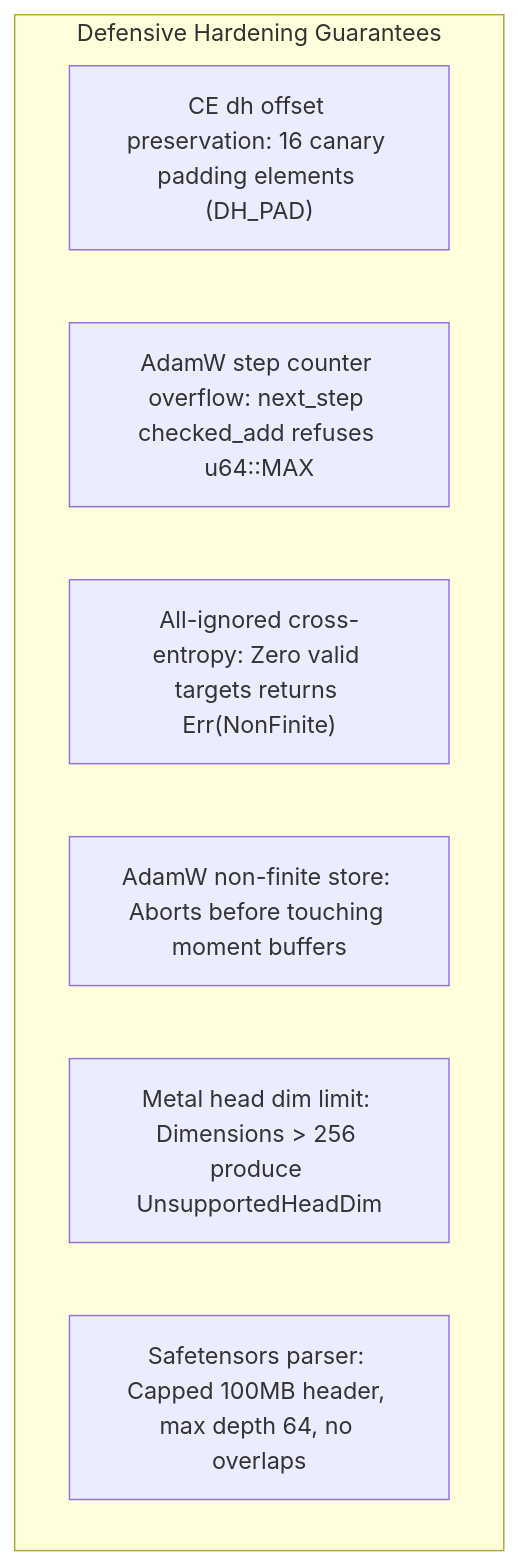
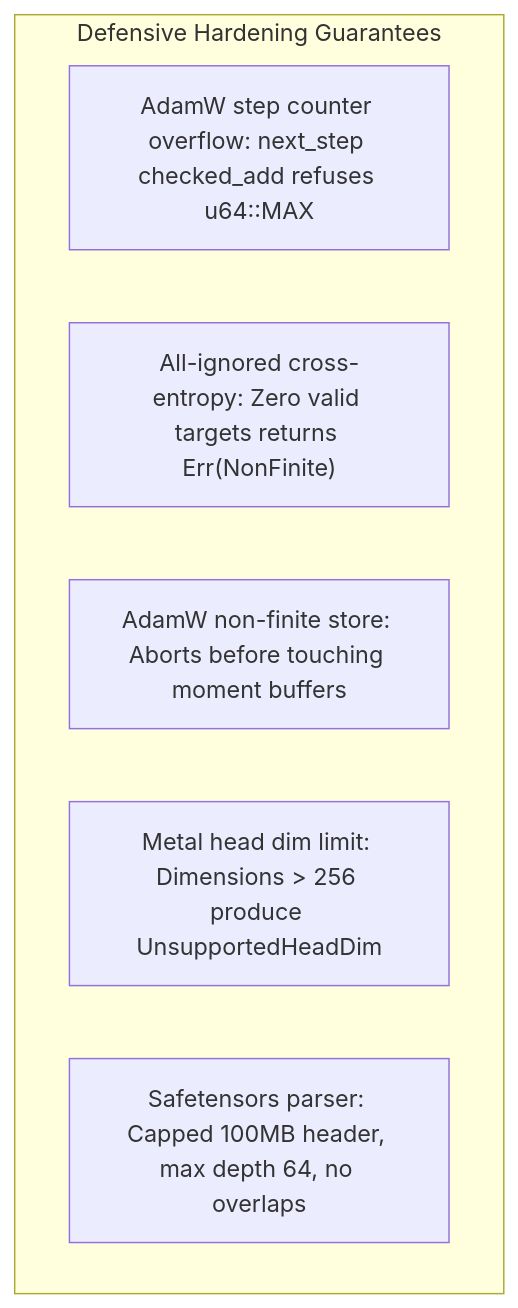
Before and after one commit to bharathvbcr/ojas: the second of 2 diagrams in docs/status.md, drawn with Mermaid. The commit also changed other lines of this file and 16 other files, not shown here.

````diff
--- a/docs/status.md
+++ b/docs/status.md
@@ -148,11 +148,10 @@
 ```mermaid
 flowchart TD
     subgraph InvariantChecks["Defensive Hardening Guarantees"]
-        C1["CE dh offset preservation: 16 canary padding elements (DH_PAD)"]
         C2["AdamW step counter overflow: next_step checked_add refuses u64::MAX"]
         C3["All-ignored cross-entropy: Zero valid targets returns Err(NonFinite)"]
         C4["AdamW non-finite store: Aborts before touching moment buffers"]
         C5["Metal head dim limit: Dimensions > 256 produce UnsupportedHeadDim"]
         C6["Safetensors parser: Capped 100MB header, max depth 64, no overlaps"]
     end
 ```
````
